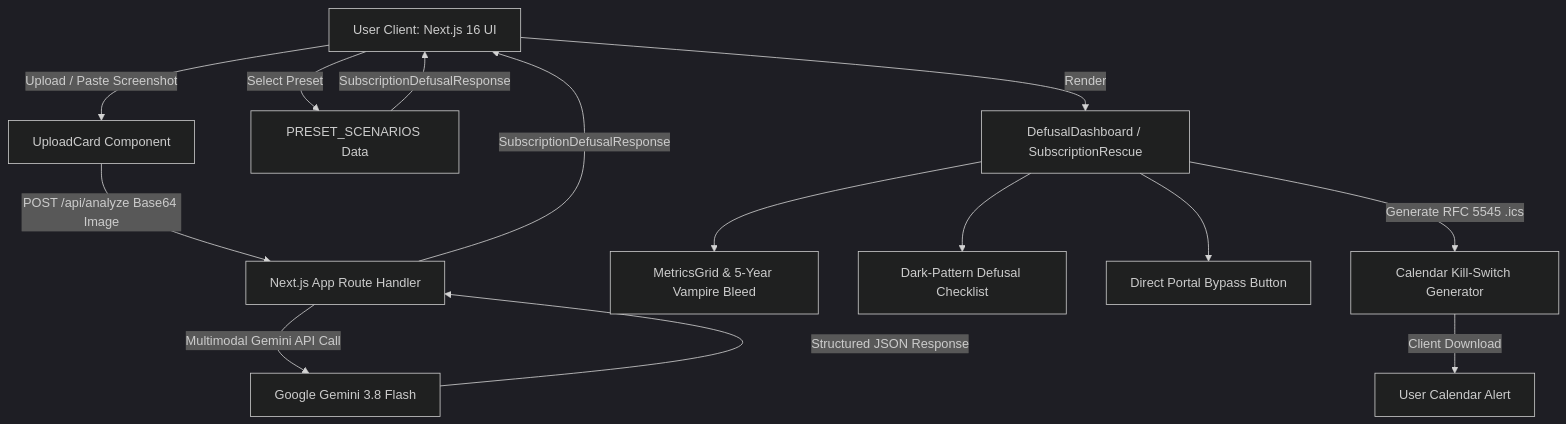
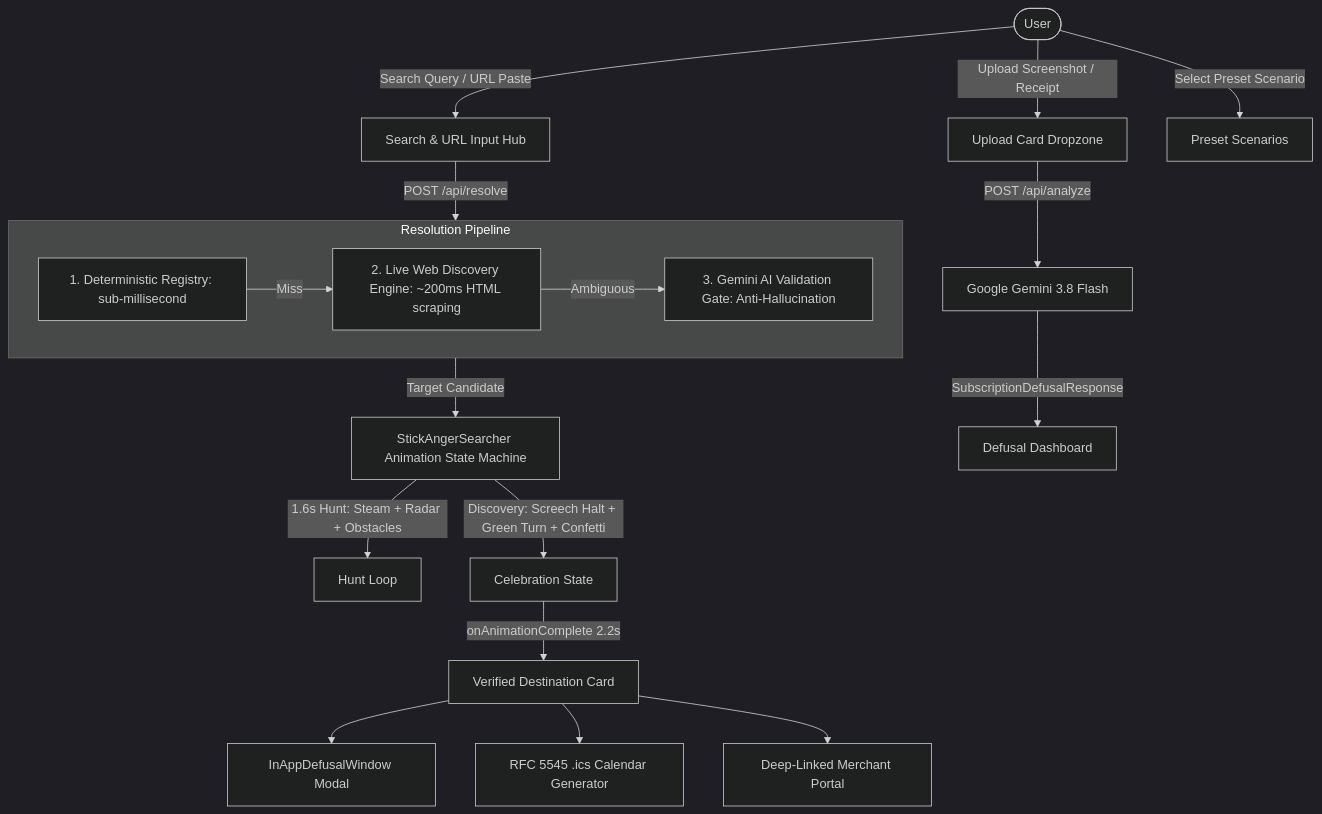
Before and after one commit to Peacsib/canceltrap: the diagram in README.md, drawn with Mermaid (dark theme). The commit also changed other lines of this file and 38 other files, not shown here.

Commit message:
feat: BlueStickFighter hero, search-first UX, WebP images, doc updates

````diff
--- a/README.md
+++ b/README.md
@@ -98,19 +109,29 @@
 ```mermaid
 graph TD
-    A[User Client: Next.js 16 UI] -->|Upload / Paste Screenshot| B[UploadCard Component]
-    A -->|Select Preset| C[PRESET_SCENARIOS Data]
-    
-    B -->|POST /api/analyze Base64 Image| D[Next.js App Route Handler]
-    D -->|Multimodal Gemini API Call| E[Google Gemini 3.8 Flash]
-    
-    E -->|Structured JSON Response| D
-    D -->|SubscriptionDefusalResponse| A
-    C -->|SubscriptionDefusalResponse| A
-    
-    A -->|Render| F[DefusalDashboard / SubscriptionRescue]
-    F --> G[MetricsGrid & 5-Year Vampire Bleed]
-    F --> H[Dark-Pattern Defusal Checklist]
-    F --> I[Direct Portal Bypass Button]
-    F -->|Generate RFC 5545 .ics| J[Calendar Kill-Switch Generator]
-    J -->|Client Download| K[User Calendar Alert]
+    User([User]) -->|Search Query / URL Paste| SearchHub[Search & URL Input Hub]
+    User -->|Upload Screenshot / Receipt| UploadDropzone[Upload Card Dropzone]
+    User -->|Select Preset Scenario| PresetChips[Preset Scenarios]
+
+    SearchHub -->|POST /api/resolve| MultiStagePipeline[Multi-Stage Discovery Pipeline]
+    UploadDropzone -->|POST /api/analyze| MultimodalGemini[Google Gemini 3.8 Flash]
+
+    subgraph MultiStagePipeline [Resolution Pipeline]
+        DeterministicRegistry[1. Deterministic Registry: sub-millisecond]
+        LiveWebEngine[2. Live Web Discovery Engine: ~200ms HTML scraping]
+        GeminiValidation[3. Gemini AI Validation Gate: Anti-Hallucination]
+        
+        DeterministicRegistry -->|Miss| LiveWebEngine
+        LiveWebEngine -->|Ambiguous| GeminiValidation
+    end
+
+    MultiStagePipeline -->|Target Candidate| StickSearcher[StickAngerSearcher Animation State Machine]
+    MultimodalGemini -->|SubscriptionDefusalResponse| Dashboard[Defusal Dashboard]
+
+    StickSearcher -->|1.6s Hunt: Steam + Radar + Obstacles| HuntLoop[Hunt Loop]
+    StickSearcher -->|Discovery: Screech Halt + Green Turn + Confetti| VictoryState[Celebration State]
+    VictoryState -->|onAnimationComplete 2.2s| DestinationCard[Verified Destination Card]
+
+    DestinationCard --> InAppCopilot[InAppDefusalWindow Modal]
+    DestinationCard --> KillSwitch[RFC 5545 .ics Calendar Generator]
+    DestinationCard --> DirectTab[Deep-Linked Merchant Portal]
 ```
````
